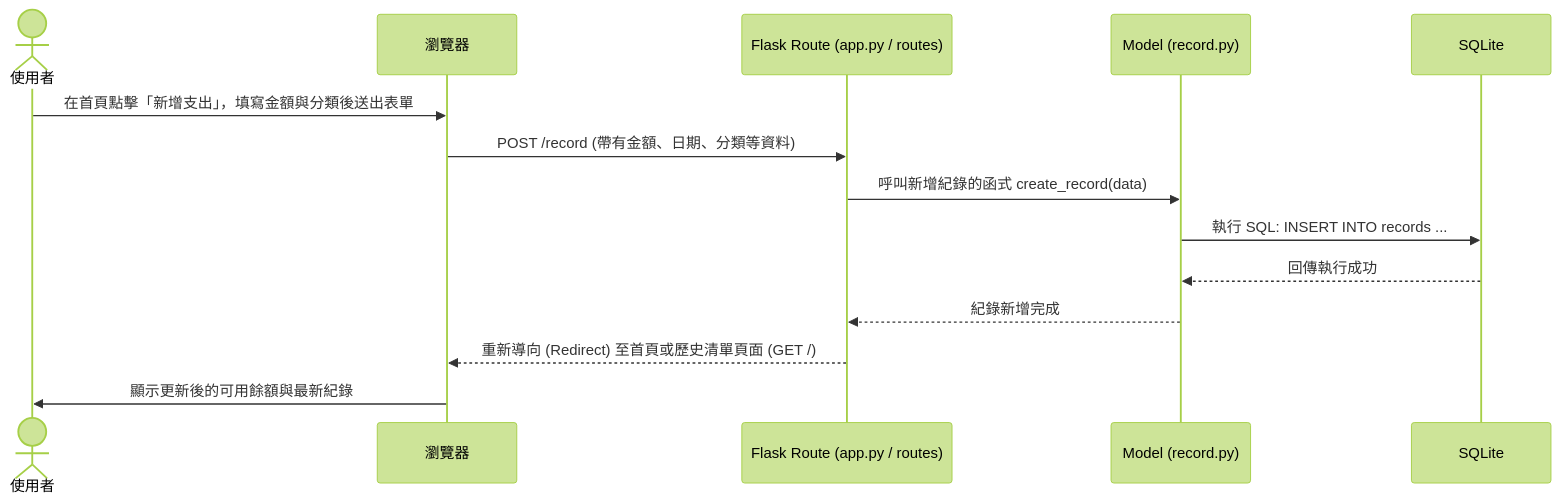
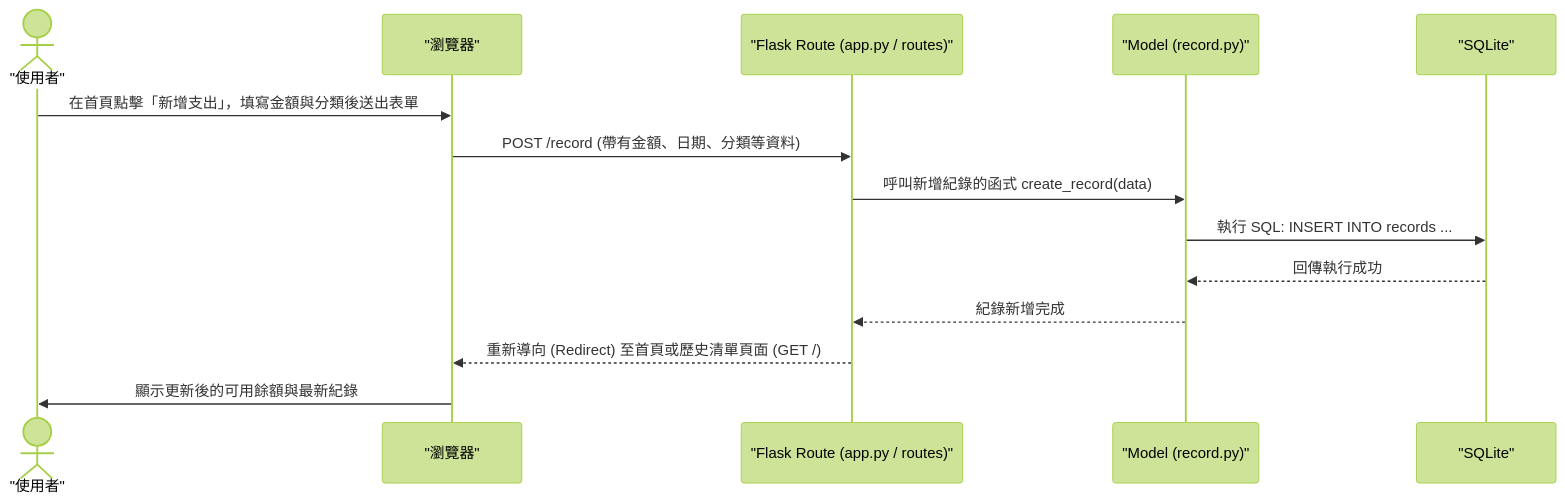
The second of 2 diagrams in docs/FLOWCHART.md (sun1463293/web_app_development), drawn with Mermaid (forest theme) before and after one commit. The commit also changed other lines of this file, not shown here.

Commit message:
fix: resolve mermaid syntax parsing error

````diff
--- a/docs/FLOWCHART.md
+++ b/docs/FLOWCHART.md
@@ -34,17 +34,17 @@
 ```mermaid
 sequenceDiagram
-    actor User as 使用者
-    participant Browser as 瀏覽器
-    participant Flask as Flask Route (app.py / routes)
-    participant Model as Model (record.py)
-    participant DB as SQLite
+    actor User as "使用者"
+    participant Browser as "瀏覽器"
+    participant Flask as "Flask Route (app.py / routes)"
+    participant Model as "Model (record.py)"
+    participant DB as "SQLite"
 
     User->>Browser: 在首頁點擊「新增支出」，填寫金額與分類後送出表單
     Browser->>Flask: POST /record (帶有金額、日期、分類等資料)
     Flask->>Model: 呼叫新增紀錄的函式 create_record(data)
     Model->>DB: 執行 SQL: INSERT INTO records ...
     DB-->>Model: 回傳執行成功
     Model-->>Flask: 紀錄新增完成
     Flask-->>Browser: 重新導向 (Redirect) 至首頁或歷史清單頁面 (GET /)
     Browser->>User: 顯示更新後的可用餘額與最新紀錄
 ```
````
